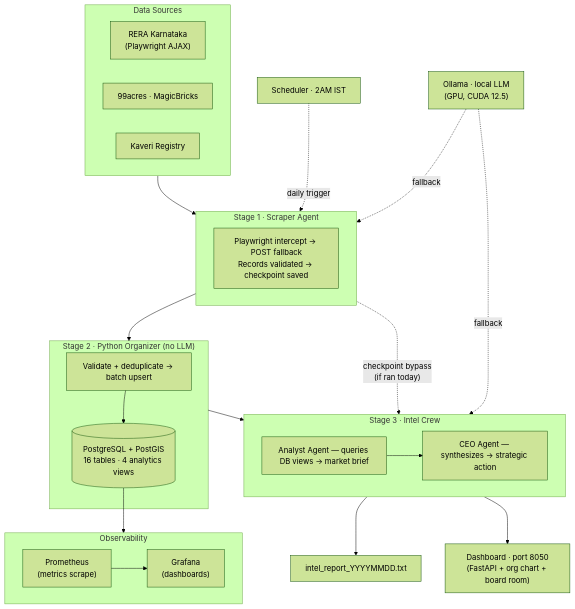
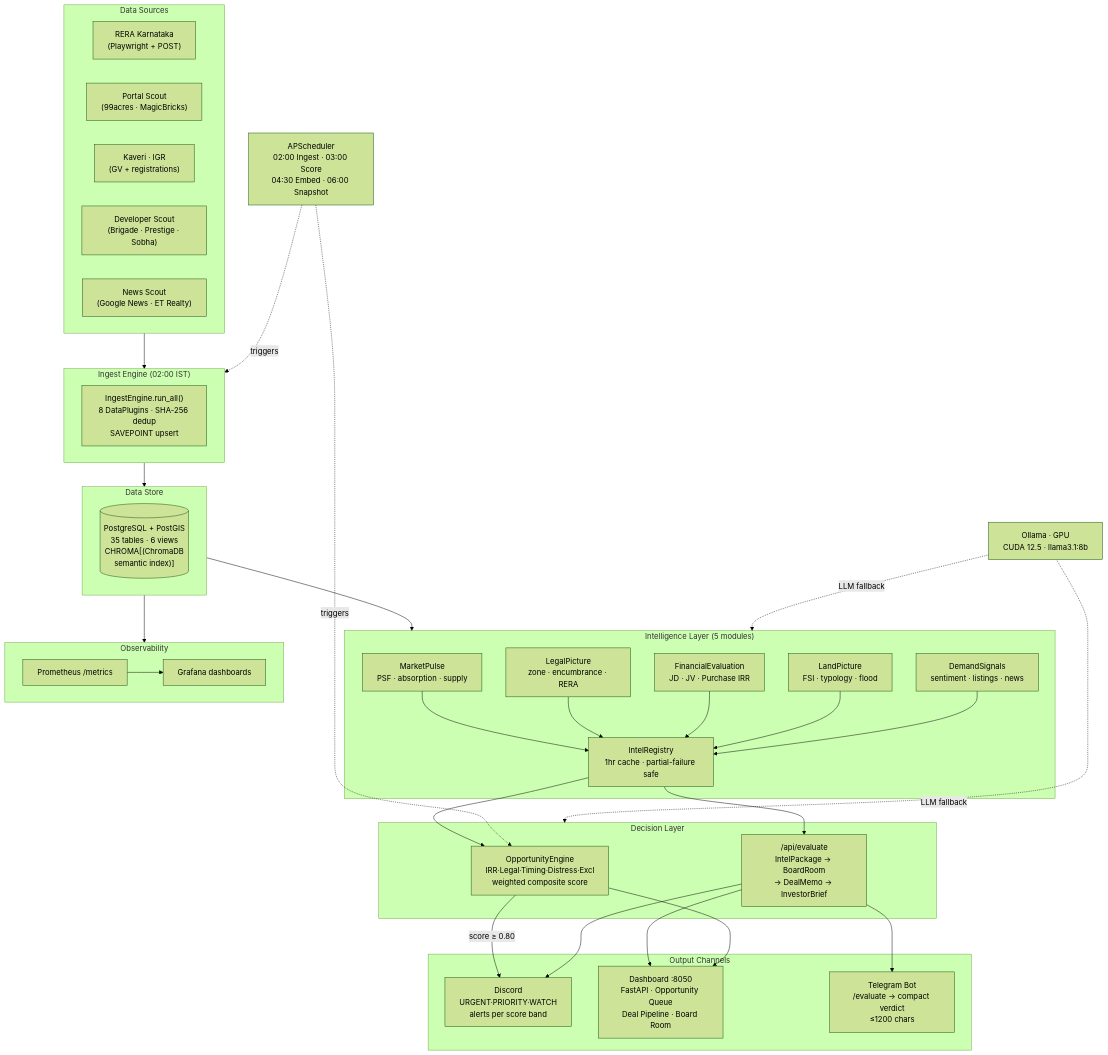
One commit to jinujon007/RE_OS changed the diagram in README.md. Above: the diagram before and after it, drawn with Mermaid (forest theme). The commit also changed 3 other files, not shown here.

````diff
--- a/README.md
+++ b/README.md
@@ -105,44 +105,60 @@
 ```mermaid
 flowchart TB
     subgraph Sources["Data Sources"]
-        RERA["RERA Karnataka\n(Playwright AJAX)"]
-        PORT["99acres · MagicBricks"]
-        KAV["Kaveri Registry"]
+        RERA["RERA Karnataka\n(Playwright + POST)"]
+        PORT["Portal Scout\n(99acres · MagicBricks)"]
+        KAV["Kaveri · IGR\n(GV + registrations)"]
+        DEV["Developer Scout\n(Brigade · Prestige · Sobha)"]
+        NEWS["News Scout\n(Google News · ET Realty)"]
     end
 
-    subgraph Stage1["Stage 1 · Scraper Agent"]
-        SCR["Playwright intercept → POST fallback\nRecords validated → checkpoint saved"]
+    subgraph Ingest["Ingest Engine (02:00 IST)"]
+        IE["IngestEngine.run_all()\n8 DataPlugins · SHA-256 dedup\nSAVEPOINT upsert"]
     end
 
-    subgraph Stage2["Stage 2 · Python Organizer  (no LLM)"]
-        ORG["Validate + deduplicate → batch upsert"]
-        DB[("PostgreSQL + PostGIS\n16 tables · 4 analytics views")]
-        ORG --> DB
+    subgraph Store["Data Store"]
+        DB[("PostgreSQL + PostGIS\n35 tables · 6 views\nCHROMA[(ChromaDB\nsemantic index)]")]
     end
 
-    subgraph Stage3["Stage 3 · Intel Crew"]
-        ANA["Analyst Agent — queries DB views → market brief"]
-        CEO["CEO Agent — synthesizes → strategic action"]
-        ANA --> CEO
+    subgraph Intel["Intelligence Layer (5 modules)"]
+        MKT["MarketPulse\nPSF · absorption · supply"]
+        LEG["LegalPicture\nzone · encumbrance · RERA"]
+        FIN["FinancialEvaluation\nJD · JV · Purchase IRR"]
+        LND["LandPicture\nFSI · typology · flood"]
+        DEM["DemandSignals\nsentiment · listings · news"]
+        REG["IntelRegistry\n1hr cache · partial-failure safe"]
+        MKT & LEG & FIN & LND & DEM --> REG
+    end
+
+    subgraph Decision["Decision Layer"]
+        OPP["OpportunityEngine\nIRR·Legal·Timing·Distress·Excl\nweighted composite score"]
+        EVAL["/api/evaluate\nIntelPackage → BoardRoom\n→ DealMemo → InvestorBrief"]
+        REG --> OPP
+        REG --> EVAL
+    end
+
+    subgraph Output["Output Channels"]
+        DISC["Discord\nURGENT·PRIORITY·WATCH\nalerts per score band"]
+        DASH["Dashboard :8050\nFastAPI · Opportunity Queue\nDeal Pipeline · Board Room"]
+        TEL["Telegram Bot\n/evaluate → compact verdict\n≤1200 chars"]
     end
 
     subgraph Observability["Observability"]
-        PROM["Prometheus\n(metrics scrape)"]
-        GRAF["Grafana\n(dashboards)"]
+        PROM["Prometheus /metrics"]
+        GRAF["Grafana dashboards"]
         PROM --> GRAF
     end
 
-    OUT["intel_report_YYYYMMDD.txt"]
-    DASH["Dashboard · port 8050\n(FastAPI + org chart + board room)"]
+    Sources --> Ingest
+    Ingest --> Store
+    Store --> Intel
+    OPP -->|"score ≥ 0.80"| DISC
+    EVAL --> DISC
+    EVAL --> DASH
+    EVAL --> TEL
+    OPP --> DASH
+    Store --> Observability
 
-    Sources --> Stage1
-    Stage1 --> Stage2
-    Stage2 --> Stage3
-    Stage3 --> OUT
-    Stage3 --> DASH
-    DB --> Observability
-
-    SCHED["Scheduler · 2AM IST"] -. daily trigger .-> Stage1
-    Stage1 -. "checkpoint bypass\n(if ran today)" .-> Stage3
-    OLLAMA["Ollama · local LLM\n(GPU, CUDA 12.5)"] -. fallback .-> Stage1 & Stage3
+    SCHED["APScheduler\n02:00 Ingest · 03:00 Score\n04:30 Embed · 06:00 Snapshot"] -. triggers .-> Ingest & OPP
+    OLLAMA["Ollama · GPU\nCUDA 12.5 · llama3.1:8b"] -. LLM fallback .-> Intel & Decision
 ```
````
